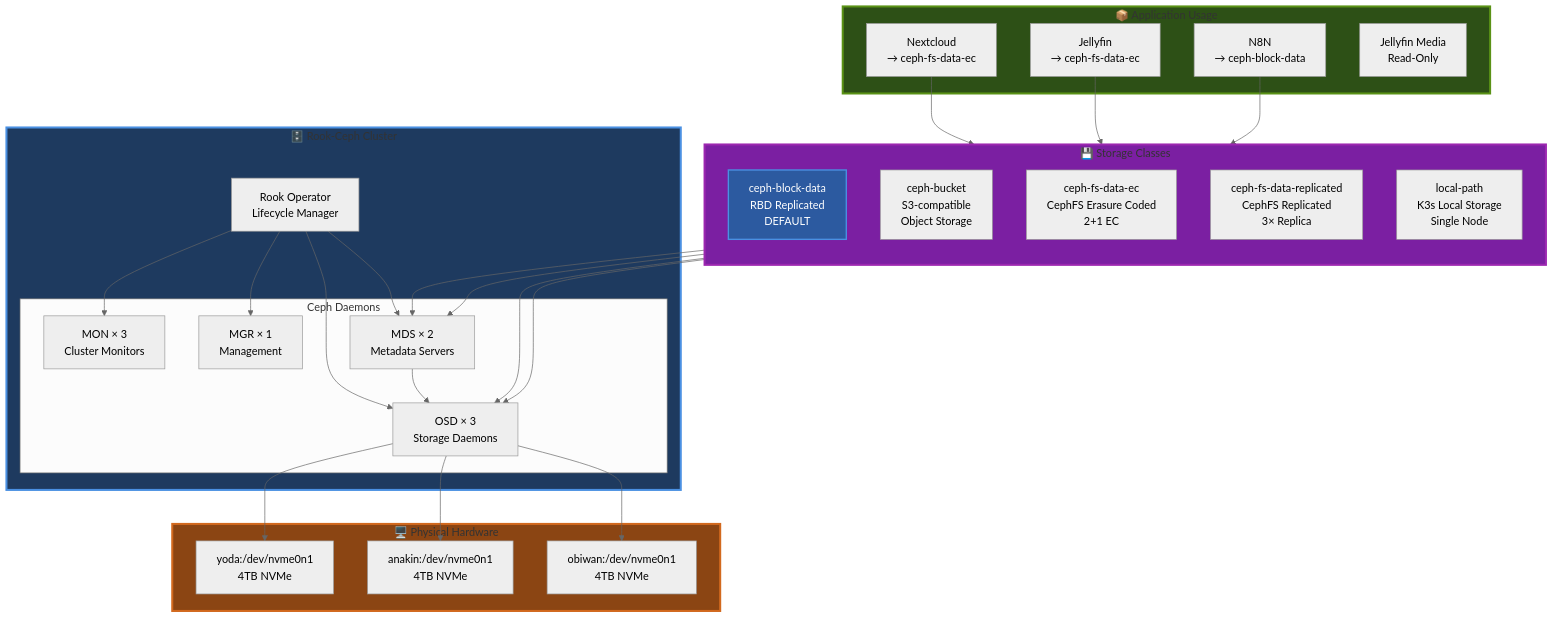
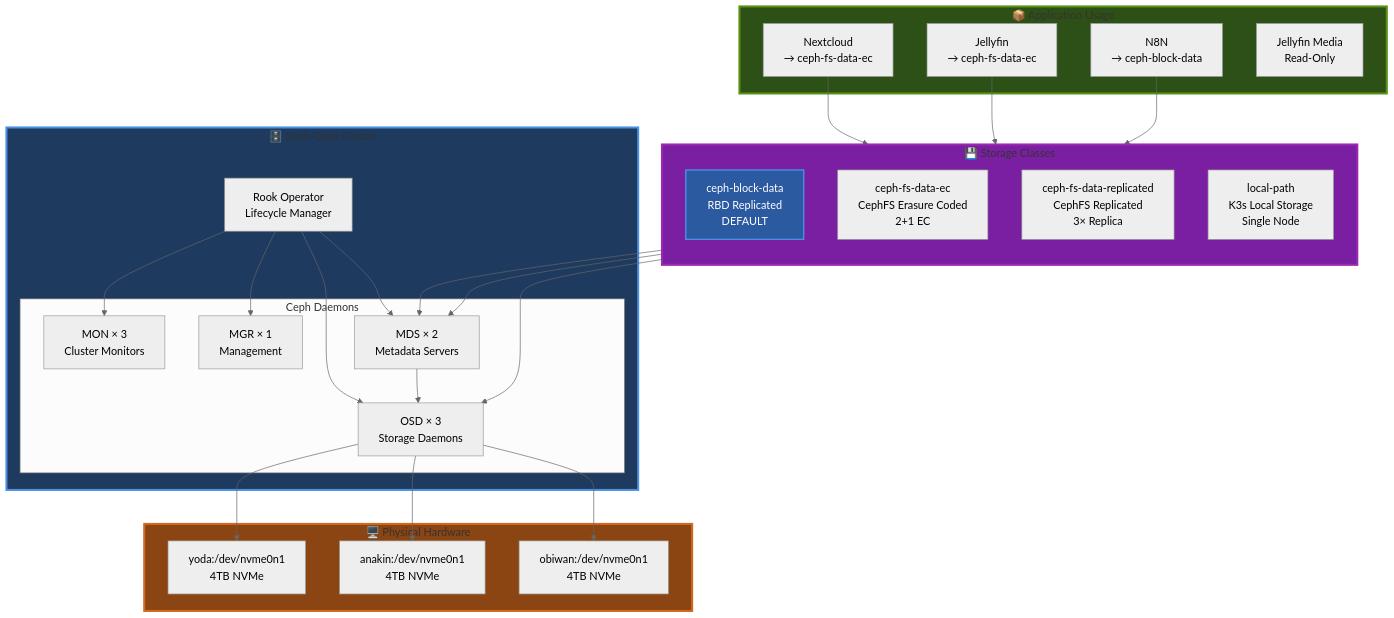
The diagram in docs/wiki/06-Storage-Rook-Ceph.md (seadogger-tech/seadogger-homelab), drawn with Mermaid (neutral theme) before and after one commit. The commit also changed other lines of this file, not shown here.

First line of the commit message:
docs(wiki): remove the ceph-bucket object store from the storage page

````diff
--- a/docs/wiki/06-Storage-Rook-Ceph.md
+++ b/docs/wiki/06-Storage-Rook-Ceph.md
@@ -22,60 +22,58 @@
 ```mermaid
 graph TB
     subgraph RookCeph["🗄️ Rook-Ceph Cluster"]
         Operator[Rook Operator<br/>Lifecycle Manager]
 
         subgraph Daemons["Ceph Daemons"]
             MON[MON × 3<br/>Cluster Monitors]
             MGR[MGR × 1<br/>Management]
             OSD[OSD × 3<br/>Storage Daemons]
             MDS[MDS × 2<br/>Metadata Servers]
         end
     end
 
     subgraph Storage["💾 Storage Classes"]
         direction TB
         Default[ceph-block-data<br/>RBD Replicated<br/>DEFAULT]
-        Bucket[ceph-bucket<br/>S3-compatible<br/>Object Storage]
         FSEC[ceph-fs-data-ec<br/>CephFS Erasure Coded<br/>2+1 EC]
         FSRep[ceph-fs-data-replicated<br/>CephFS Replicated<br/>3× Replica]
         LocalPath[local-path<br/>K3s Local Storage<br/>Single Node]
     end
 
     subgraph Hardware["🖥️ Physical Hardware"]
         NVMe1[yoda:/dev/nvme0n1<br/>4TB NVMe]
         NVMe2[anakin:/dev/nvme0n1<br/>4TB NVMe]
         NVMe3[obiwan:/dev/nvme0n1<br/>4TB NVMe]
     end
 
     subgraph AppsLayer["📦 Application Usage"]
         NextcloudApp[Nextcloud<br/>→ ceph-fs-data-ec]
         JellyfinApp[Jellyfin<br/>→ ceph-fs-data-ec]
         N8NApp[N8N<br/>→ ceph-block-data]
         JellyfinMedia[Jellyfin Media<br/>Read-Only]
     end
 
     Operator --> MON
     Operator --> MGR
     Operator --> OSD
     Operator --> MDS
 
     OSD --> NVMe1
     OSD --> NVMe2
     OSD --> NVMe3
 
     Default --> OSD
-    Bucket --> OSD
     FSEC --> MDS
     FSRep --> MDS
     MDS --> OSD
 
     NextcloudApp --> FSEC
     JellyfinApp --> FSEC
     N8NApp --> Default
 
     style RookCeph fill:#1e3a5f,stroke:#4a90e2,stroke-width:3px
     style Storage fill:#7b1fa2,stroke:#9c27b0,stroke-width:3px
     style Hardware fill:#8b4513,stroke:#d2691e,stroke-width:3px
     style AppsLayer fill:#2d5016,stroke:#5a9216,stroke-width:3px
     style Default fill:#2c5aa0,stroke:#4a90e2,stroke-width:2px,color:#fff
 ```
````
